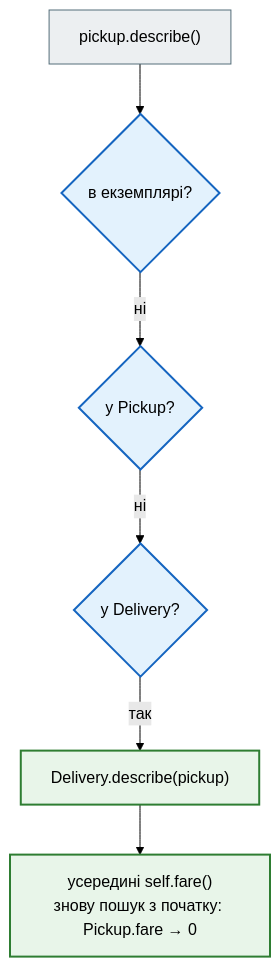
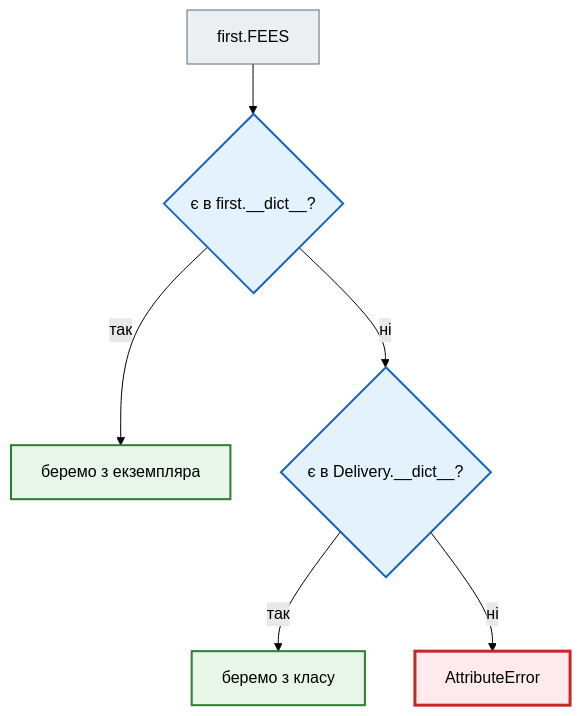
The second of 5 diagrams in docs/modules/m2/lesson_20.md (AlinaRadchenko/PY-Course-Victor-Nikoriak-22-09-2026), drawn with Mermaid (forest theme) before and after one commit. The commit also changed other lines of this file and 1846 other files, not shown here.

````diff
--- a/docs/modules/m2/lesson_20.md
+++ b/docs/modules/m2/lesson_20.md
@@ -98,18 +222,19 @@
 ```mermaid
 flowchart TD
     classDef step     fill:#eceff1,stroke:#546e7a,stroke-width:1px;
     classDef decision fill:#e3f2fd,stroke:#1565c0,stroke-width:2px;
     classDef success  fill:#e8f5e9,stroke:#2e7d32,stroke-width:2px;
     classDef error    fill:#ffebee,stroke:#c62828,stroke-width:3px;
     classDef warning  fill:#fff8e1,stroke:#e65100,stroke-width:2px;
 
-    Q["pickup.describe()"] --> I{"в екземплярі?"}
-    I -- ні --> P{"у Pickup?"}
-    P -- ні --> D{"у Delivery?"}
-    D -- так --> R["Delivery.describe(pickup)"]
-    R --> F["усередині self.fare()<br>знову пошук з початку: Pickup.fare → 0"]
+    Q["first.FEES"] --> I{"є в first.__dict__?"}
+    I -- так --> R1["беремо з екземпляра"]
+    I -- ні --> K{"є в Delivery.__dict__?"}
+    K -- так --> R2["беремо з класу"]
+    K -- ні --> E["AttributeError"]
 
     class Q step
-    class I,P,D decision
-    class R,F success
+    class I,K decision
+    class R1,R2 success
+    class E error
 ```
````
